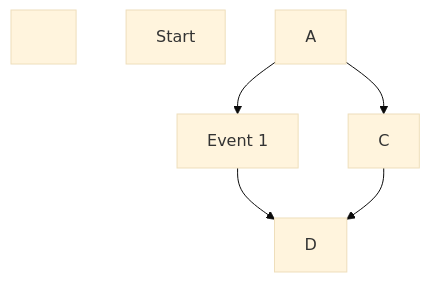
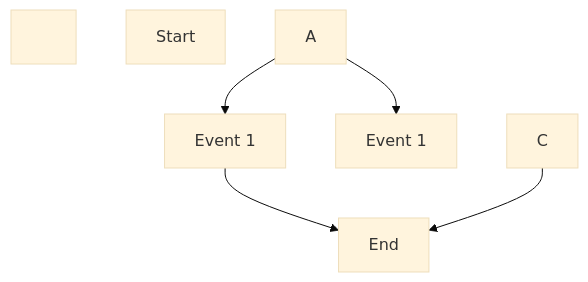
One commit to LbsLundAW/DiceGame-Examples changed the diagram in README.md. Above: the diagram before and after it, drawn with Mermaid (base theme).

````diff
--- a/README.md
+++ b/README.md
@@ -7,15 +7,15 @@
 ```mermaid
 
 flowchart TD
 
 &nbsp;	A\[Start]
 
 &nbsp;	A-->B\[Event 1]
 
-&nbsp;	A-->C
+&nbsp;	A-->C\[Event 1]
 
-&nbsp;	B\[Event 1]-->D
+&nbsp;	B\[Event 1]-->D\[End]
 
-&nbsp;	C-->D
+&nbsp;	C-->D\[End]
 
 ```
````
